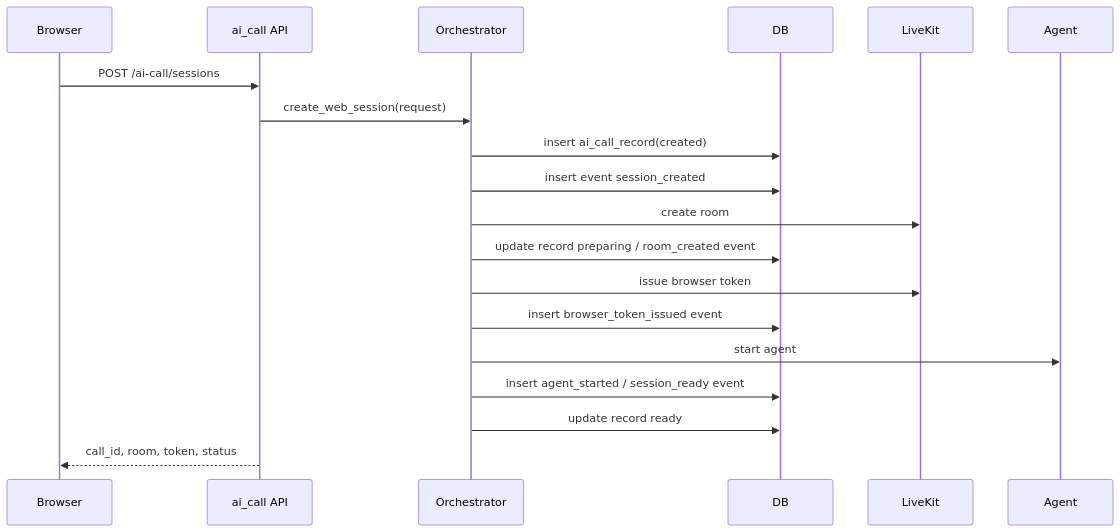
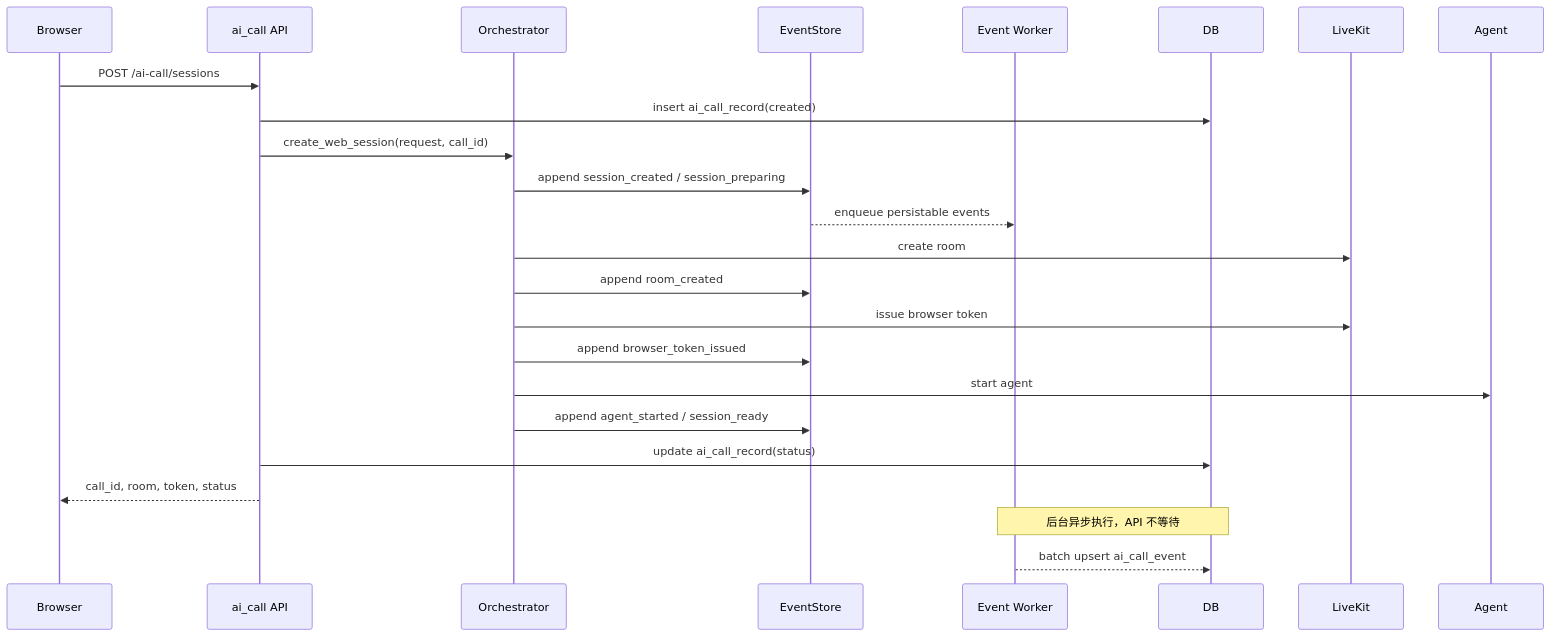
Before and after one commit to tianzhenkun/ai-call: the first of 2 diagrams in docs/livekit-ai-outbound/phases/phase-b1-record-query-design.md, drawn with Mermaid. The commit also changed other lines of this file and 118 other files, not shown here.

````diff
--- a/docs/livekit-ai-outbound/phases/phase-b1-record-query-design.md
+++ b/docs/livekit-ai-outbound/phases/phase-b1-record-query-design.md
@@ -520,22 +528,27 @@
 ```mermaid
 sequenceDiagram
   participant B as Browser
   participant API as ai_call API
   participant O as Orchestrator
+  participant ES as EventStore
+  participant W as Event Worker
   participant DB as DB
   participant LK as LiveKit
   participant A as Agent
 
   B->>API: POST /ai-call/sessions
-  API->>O: create_web_session(request)
-  O->>DB: insert ai_call_record(created)
-  O->>DB: insert event session_created
+  API->>DB: insert ai_call_record(created)
+  API->>O: create_web_session(request, call_id)
+  O->>ES: append session_created / session_preparing
+  ES-->>W: enqueue persistable events
   O->>LK: create room
-  O->>DB: update record preparing / room_created event
+  O->>ES: append room_created
   O->>LK: issue browser token
-  O->>DB: insert browser_token_issued event
+  O->>ES: append browser_token_issued
   O->>A: start agent
-  O->>DB: insert agent_started / session_ready event
-  O->>DB: update record ready
+  O->>ES: append agent_started / session_ready
+  API->>DB: update ai_call_record(status)
   API-->>B: call_id, room, token, status
+  Note over W,DB: 后台异步执行，API 不等待
+  W-->>DB: batch upsert ai_call_event
 ```
````
